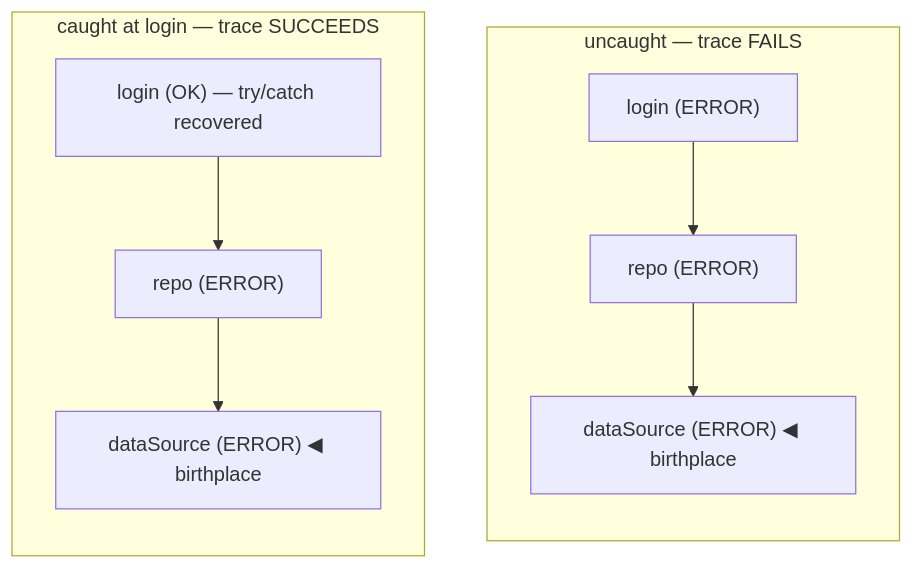
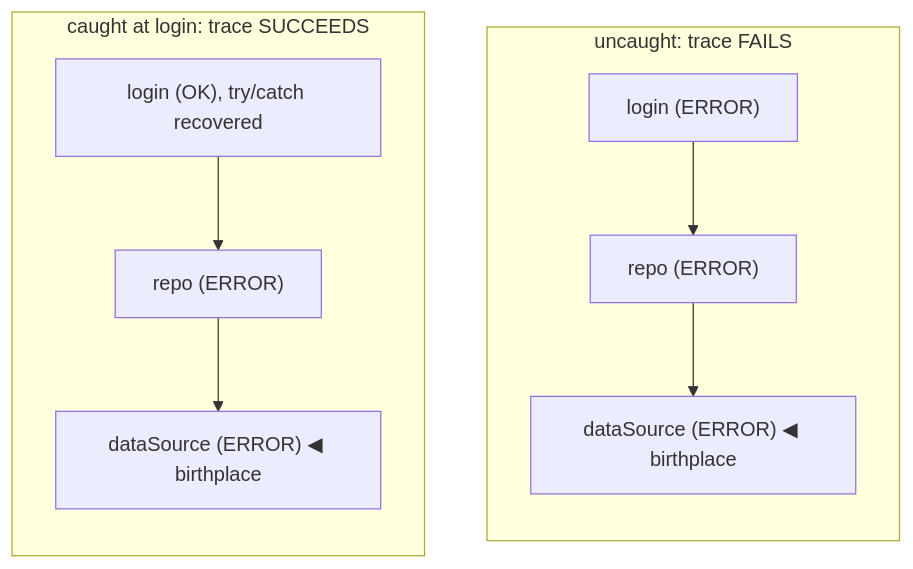
One commit to Kotrace/kotrace changed the third of 3 diagrams in ARCHITECTURE.md. Above: the diagram before and after it, drawn with Mermaid. The commit also changed other lines of this file and 41 other files, not shown here.

First line of the commit message:
docs: ADR-031 to ADR-037, and the architecture, backlog and benchmark docs to the current state

````diff
--- a/ARCHITECTURE.md
+++ b/ARCHITECTURE.md
@@ -261,11 +269,11 @@
 ```mermaid
 flowchart TB
-  subgraph uncaught["uncaught — trace FAILS"]
+  subgraph uncaught["uncaught: trace FAILS"]
     direction TB
     L1["login (ERROR)"] --> R1["repo (ERROR)"] --> D1["dataSource (ERROR) ◀ birthplace"]
   end
-  subgraph handled["caught at login — trace SUCCEEDS"]
+  subgraph handled["caught at login: trace SUCCEEDS"]
     direction TB
-    L2["login (OK) — try/catch recovered"] --> R2["repo (ERROR)"] --> D2["dataSource (ERROR) ◀ birthplace"]
+    L2["login (OK), try/catch recovered"] --> R2["repo (ERROR)"] --> D2["dataSource (ERROR) ◀ birthplace"]
   end
 ```
````
